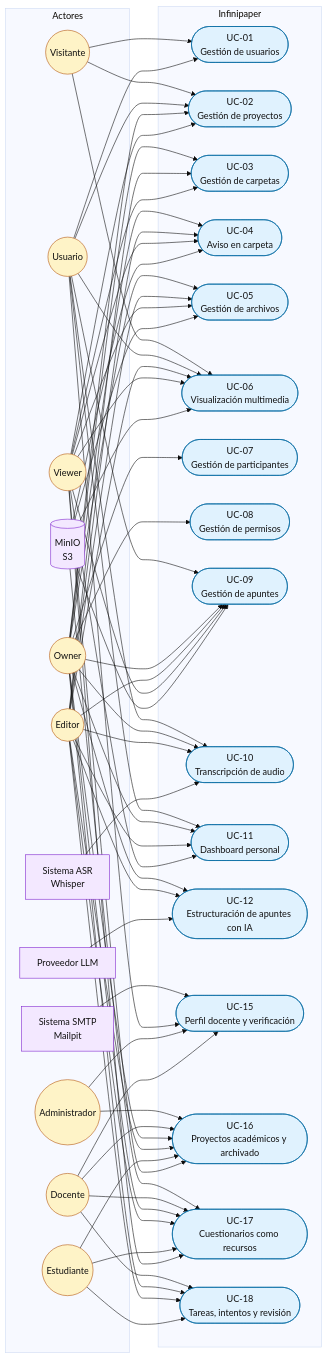
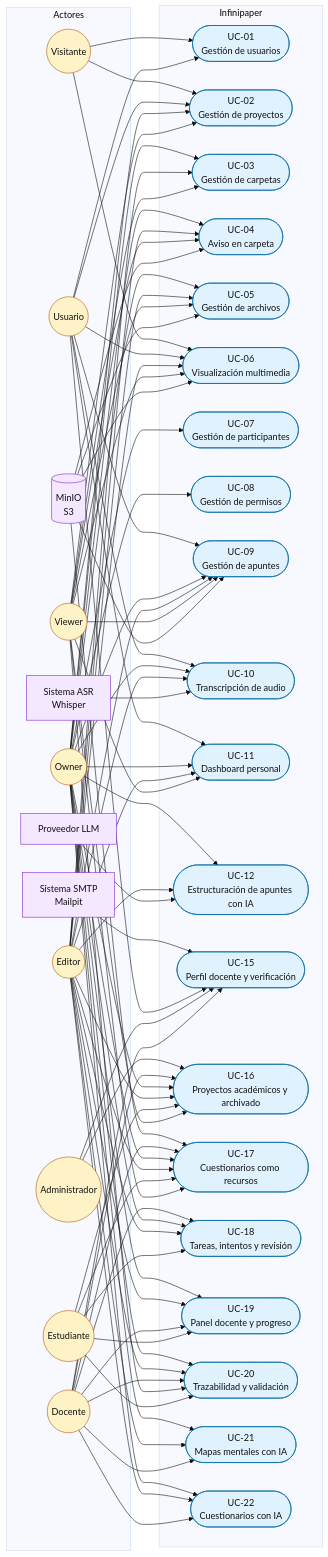
The diagram in docs/sdd/diagramas/casos-de-uso.md (CesarKnight/infinipaper-proy), drawn with Mermaid before and after one commit. The commit also changed other lines of this file and 77 other files, not shown here.

Commit message:
feat: panel docente, trazabilidad, mapas mentales y quiz IA

````diff
--- a/docs/sdd/diagramas/casos-de-uso.md
+++ b/docs/sdd/diagramas/casos-de-uso.md
@@ -43,6 +43,10 @@
     UC16([UC-16<br/>Proyectos académicos y archivado]):::usecase
     UC17([UC-17<br/>Cuestionarios como recursos]):::usecase
     UC18([UC-18<br/>Tareas, intentos y revisión]):::usecase
+    UC19([UC-19<br/>Panel docente y progreso]):::usecase
+    UC20([UC-20<br/>Trazabilidad y validación]):::usecase
+    UC21([UC-21<br/>Mapas mentales con IA]):::usecase
+    UC22([UC-22<br/>Cuestionarios con IA]):::usecase
   end
 
   Visitante --> UC01
@@ -111,4 +115,19 @@
   Estudiante --> UC18
   Viewer --> UC16
   Viewer --> UC17
+  Owner --> UC19
+  Editor --> UC19
+  Docente --> UC19
+  Estudiante --> UC19
+  Owner --> UC20
+  Editor --> UC20
+  Docente --> UC20
+  Viewer --> UC20
+  Estudiante --> UC20
+  Owner --> UC21
+  Editor --> UC21
+  Docente --> UC21
+  Owner --> UC22
+  Editor --> UC22
+  Docente --> UC22
 ```
````
